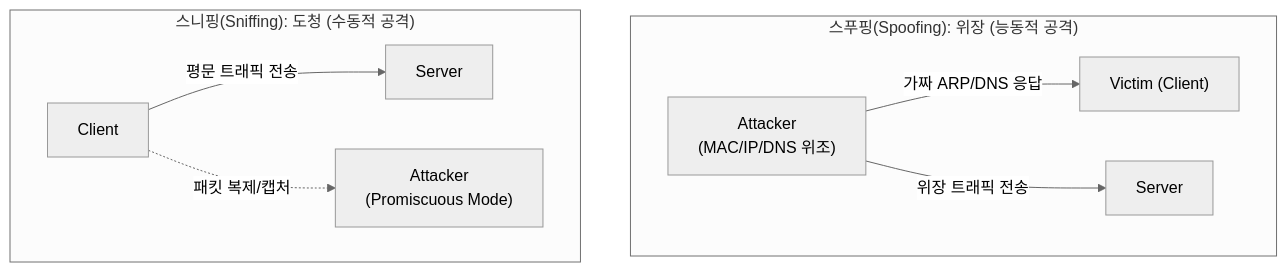
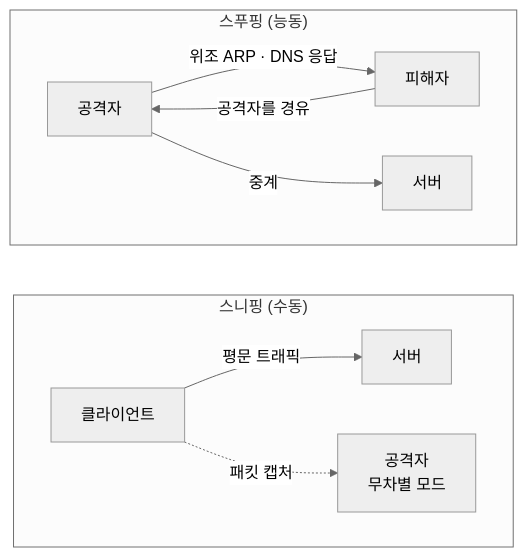
One commit to supremethumb/supremethumb.github.io changed the diagram in content/01_IT Tech/스니핑, 스푸핑.md. Above: the diagram before and after it, drawn with Mermaid (neutral theme). The commit also changed other lines of this file and 1087 other files, not shown here.

````diff
--- a/content/01_IT Tech/스니핑, 스푸핑.md
+++ b/content/01_IT Tech/스니핑, 스푸핑.md
@@ -31,18 +38,14 @@
 ```mermaid
 flowchart LR
-    subgraph Sniffing ["스니핑(Sniffing): 도청 (수동적 공격)"]
+    subgraph SN["스니핑 (수동)"]
         direction LR
-        S_Client["Client"] -- "평문 트래픽 전송" --> S_Server["Server"]
-        S_Client -. "패킷 복제/캡처" .-> S_Attacker["Attacker<br/>(Promiscuous Mode)"]
+        C1["클라이언트"] -->|"평문 트래픽"| S1["서버"]
+        C1 -.->|"패킷 캡처"| A1["공격자<br/>무차별 모드"]
     end
-
-    subgraph Spoofing ["스푸핑(Spoofing): 위장 (능동적 공격)"]
+    subgraph SP["스푸핑 (능동)"]
         direction LR
-        SP_Client["Victim (Client)"]
-        SP_Attacker["Attacker<br/>(MAC/IP/DNS 위조)"] -- "위장 트래픽 전송" --> SP_Server["Server"]
-        SP_Attacker -- "가짜 ARP/DNS 응답" --> SP_Client
+        A2["공격자"] -->|"위조 ARP · DNS 응답"| C2["피해자"]
+        C2 -->|"공격자를 경유"| A2
+        A2 -->|"중계"| S2["서버"]
     end
-    
-    Sniffing ~~~ Spoofing
-
 ```
````
